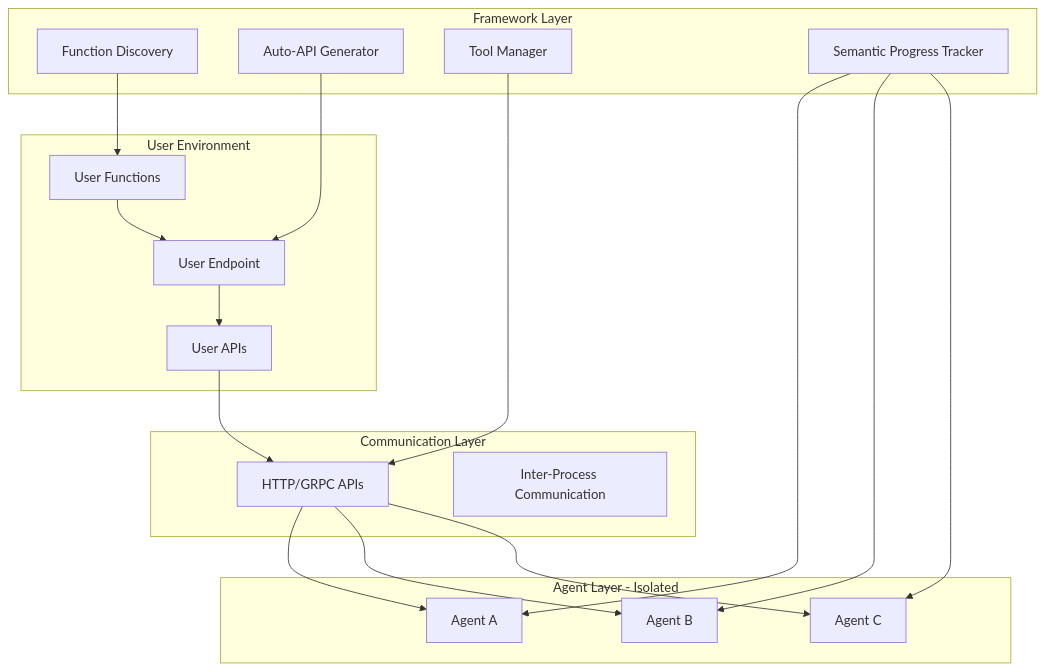
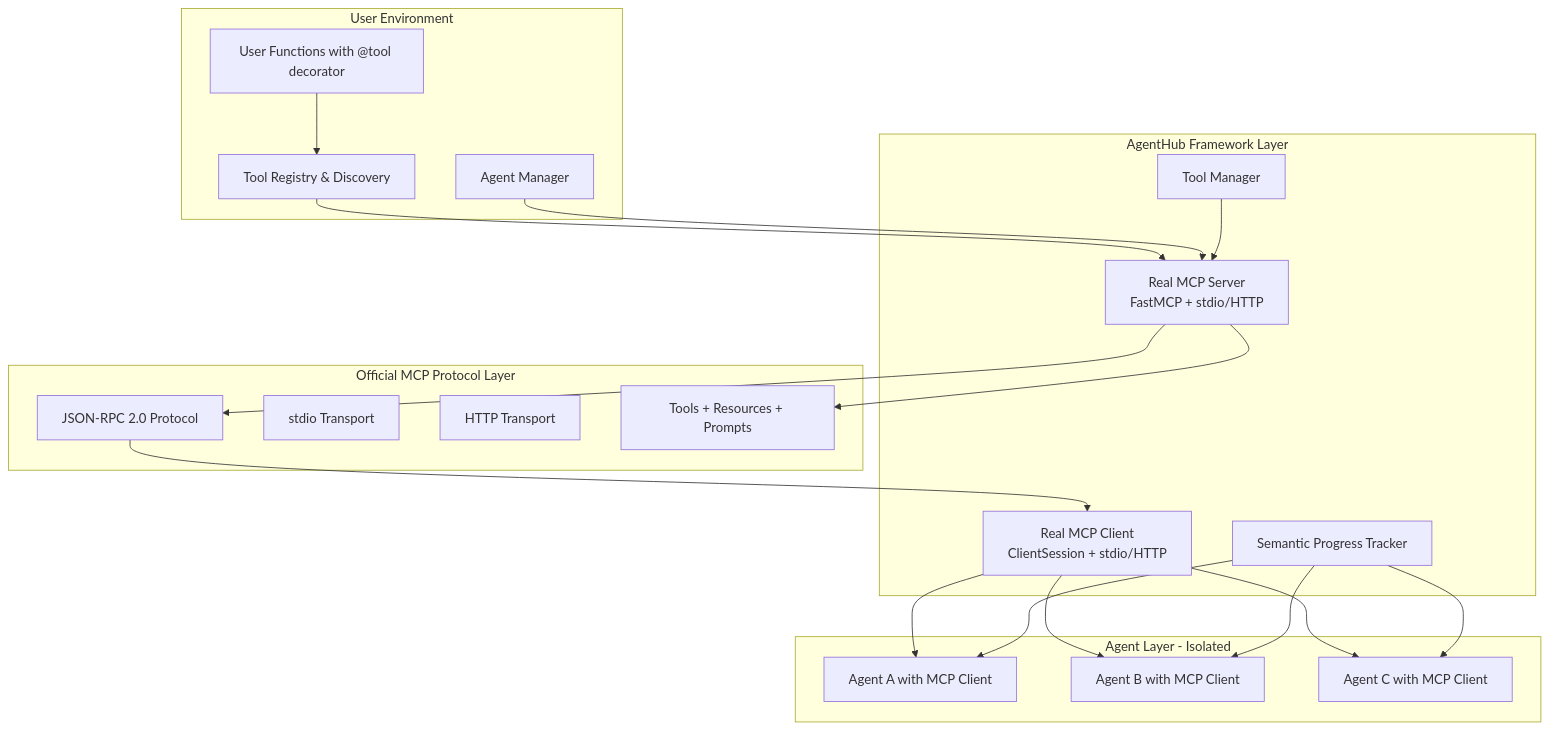
One commit to agentplug/agenthub changed the diagram in docs/.implementation_design/phase2.5_semantic_progress_tools/README.md. Above: the diagram before and after it, drawn with Mermaid. The commit also changed other lines of this file and 14 other files, not shown here.

First line of the commit message:
docs: update design documents for real MCP implementation

````diff
--- a/docs/.implementation_design/phase2.5_semantic_progress_tools/README.md
+++ b/docs/.implementation_design/phase2.5_semantic_progress_tools/README.md
@@ -30,39 +31,42 @@
 ```mermaid
 graph TB
     subgraph "User Environment"
-        UF[User Functions]
-        UE[User Endpoint]
-        UA[User APIs]
+        UF[User Functions with @tool decorator]
+        TR[Tool Registry & Discovery]
+        AM[Agent Manager]
     end
 
-    subgraph "Framework Layer"
-        FD[Function Discovery]
-        AG[Auto-API Generator]
+    subgraph "AgentHub Framework Layer"
+        MCP_S[Real MCP Server<br/>FastMCP + stdio/HTTP]
+        MCP_C[Real MCP Client<br/>ClientSession + stdio/HTTP]
         TM[Tool Manager]
         SPT[Semantic Progress Tracker]
     end
 
     subgraph "Agent Layer - Isolated"
-        AG1[Agent A]
-        AG2[Agent B]
-        AG3[Agent C]
+        AG1[Agent A with MCP Client]
+        AG2[Agent B with MCP Client]
+        AG3[Agent C with MCP Client]
     end
 
-    subgraph "Communication Layer"
-        API[HTTP/GRPC APIs]
-        IPC[Inter-Process Communication]
+    subgraph "Official MCP Protocol Layer"
+        JSONRPC[JSON-RPC 2.0 Protocol]
+        STDIO[stdio Transport]
+        HTTP[HTTP Transport]
+        MCP_PRIMITIVES[Tools + Resources + Prompts]
     end
 
-    UF --> UE
-    UE --> UA
-    UA --> API
-    FD --> UF
-    AG --> UE
-    TM --> API
-    API --> AG1
-    API --> AG2
-    API --> AG3
+    UF --> TR
+    TR --> MCP_S
+    MCP_S --> JSONRPC
+    MCP_S --> MCP_PRIMITIVES
+    JSONRPC --> MCP_C
+    MCP_C --> AG1
+    MCP_C --> AG2
+    MCP_C --> AG3
+    AM --> MCP_S
+    TM --> MCP_S
     SPT --> AG1
     SPT --> AG2
     SPT --> AG3
 ```
````
